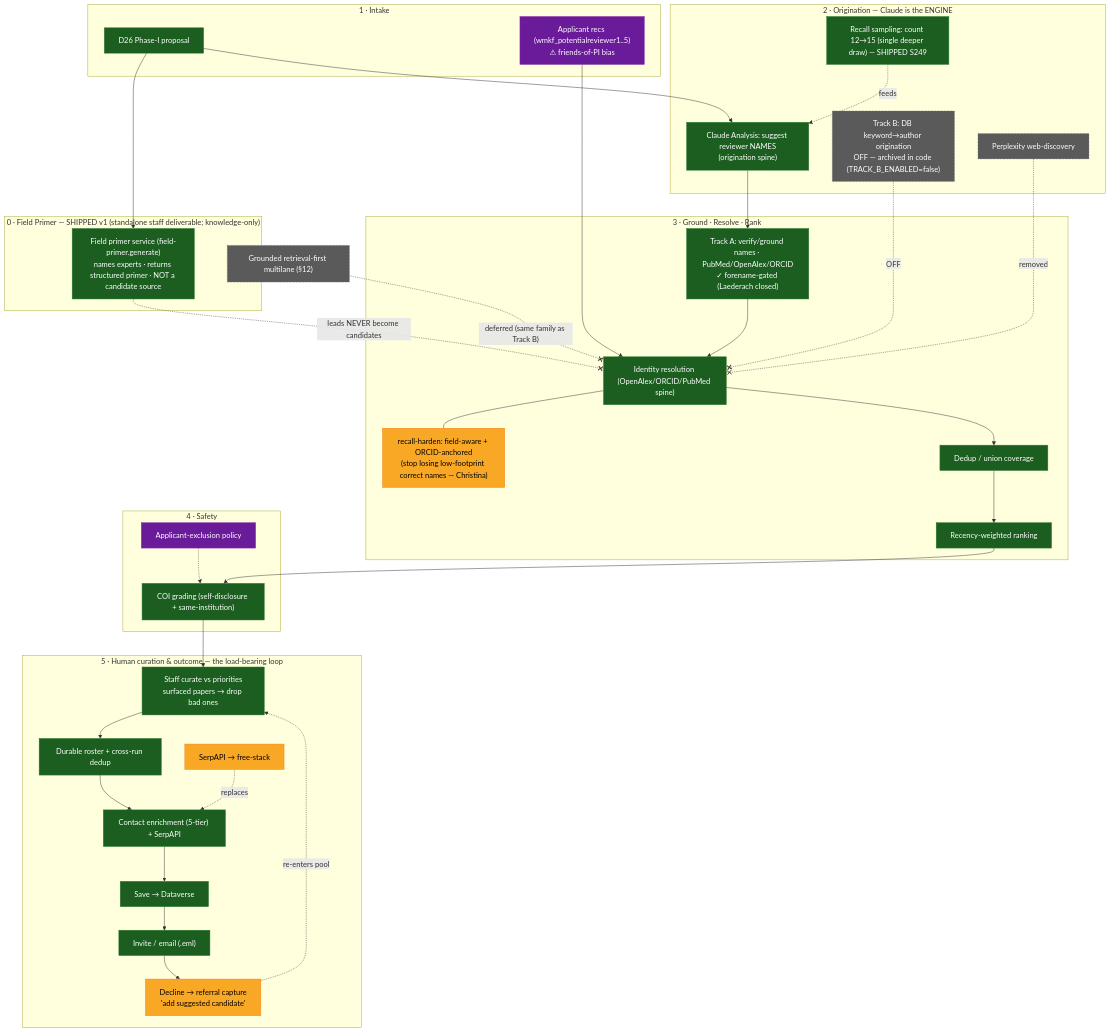
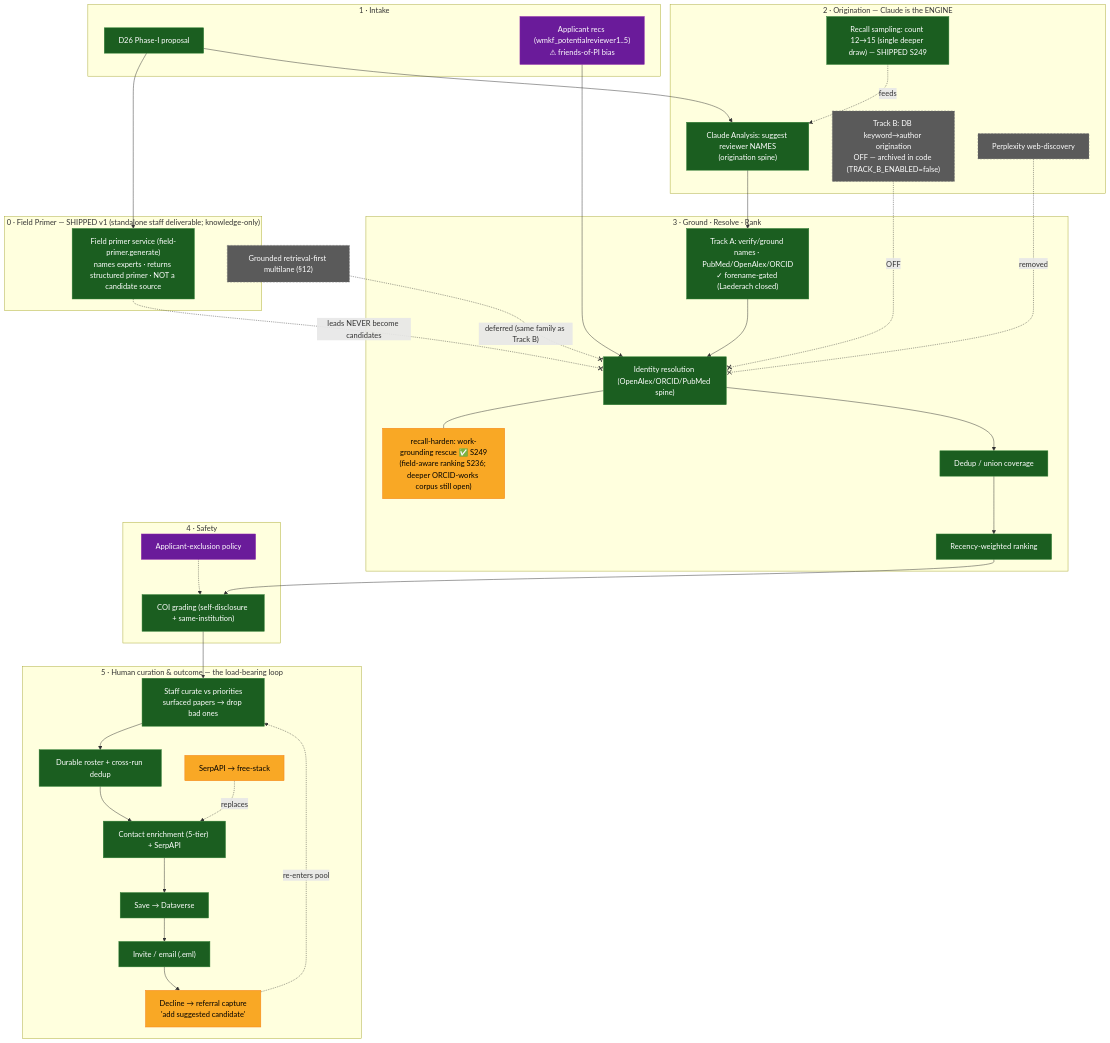
The diagram in docs/REVIEWER_FINDER_D26_PIPELINE_FLOWCHART.md (justingallivan/wmkf-research-apps), drawn with Mermaid before and after one commit. The commit also changed other lines of this file and 4 other files, not shown here.

````diff
--- a/docs/REVIEWER_FINDER_D26_PIPELINE_FLOWCHART.md
+++ b/docs/REVIEWER_FINDER_D26_PIPELINE_FLOWCHART.md
@@ -24,70 +24,70 @@
 ```mermaid
 flowchart TD
     subgraph PRIMER["0 · Field Primer — SHIPPED v1 (standalone staff deliverable; knowledge-only)"]
         PR["Field primer service (field-primer.generate)<br/>names experts · returns structured primer · NOT a candidate source"]
     end
 
     subgraph INPUT["1 · Intake"]
         P[D26 Phase-I proposal]
         AppRecs["Applicant recs (wmkf_potentialreviewer1..5)<br/>⚠ friends-of-PI bias"]
     end
 
     subgraph ORIG["2 · Origination — Claude is the ENGINE"]
         CA["Claude Analysis: suggest reviewer NAMES<br/>(origination spine)"]
         RS["Recall sampling: count 12→15 (single deeper draw) — SHIPPED S249"]
         TB["Track B: DB keyword→author origination<br/>OFF — archived in code (TRACK_B_ENABLED=false)"]
         WEB["Perplexity web-discovery"]
     end
 
     subgraph GROUND["3 · Ground · Resolve · Rank"]
         TA["Track A: verify/ground names · PubMed/OpenAlex/ORCID<br/>✓ forename-gated (Laederach closed)"]
         ID["Identity resolution (OpenAlex/ORCID/PubMed spine)"]
-        IDFIX["recall-harden: field-aware + ORCID-anchored<br/>(stop losing low-footprint correct names — Christina)"]
+        IDFIX["recall-harden: work-grounding rescue ✅ S249<br/>(field-aware ranking S236; deeper ORCID-works corpus still open)"]
         DD["Dedup / union coverage"]
         RK["Recency-weighted ranking"]
     end
 
     subgraph GATE["4 · Safety"]
         COI["COI grading (self-disclosure + same-institution)"]
         EXC["Applicant-exclusion policy"]
     end
 
     subgraph HUMAN["5 · Human curation & outcome — the load-bearing loop"]
         CUR["Staff curate vs priorities<br/>surfaced papers → drop bad ones"]
         ROSTER["Durable roster + cross-run dedup"]
         ENR["Contact enrichment (5-tier) + SerpAPI"]
         SERP["SerpAPI → free-stack"]
         SAVE["Save → Dataverse"]
         INVITE["Invite / email (.eml)"]
         REF["Decline → referral capture<br/>'add suggested candidate'"]
     end
 
     GROUNDED["Grounded retrieval-first multilane (§12)"]
 
     P --> PR
     P --> CA
     RS -.feeds.-> CA
     AppRecs --> ID
     CA --> TA --> ID
     TB -. OFF .-x ID
     WEB -. removed .-x ID
     PR -. leads NEVER become candidates .-x ID
     ID --- IDFIX
     ID --> DD --> RK --> COI
     EXC -.-> COI
     COI --> CUR --> ROSTER --> ENR --> SAVE --> INVITE
     SERP -. replaces .-> ENR
     INVITE --> REF
     REF -. re-enters pool .-> CUR
     GROUNDED -. deferred (same family as Track B) .-x ID
 
     classDef exists fill:#1b5e20,stroke:#2e7d32,color:#fff
     classDef build fill:#f9a825,stroke:#f57f17,color:#000
     classDef dead fill:#5a5a5a,stroke:#777,color:#fff,stroke-dasharray:4 3
     classDef open fill:#6a1b9a,stroke:#8e24aa,color:#fff
 
     class P,CA,TA,ID,DD,RK,COI,CUR,ROSTER,ENR,SAVE,INVITE,PR,RS exists
     class IDFIX,SERP,REF build
     class WEB,GROUNDED,TB dead
     class EXC,AppRecs open
 ```
````
